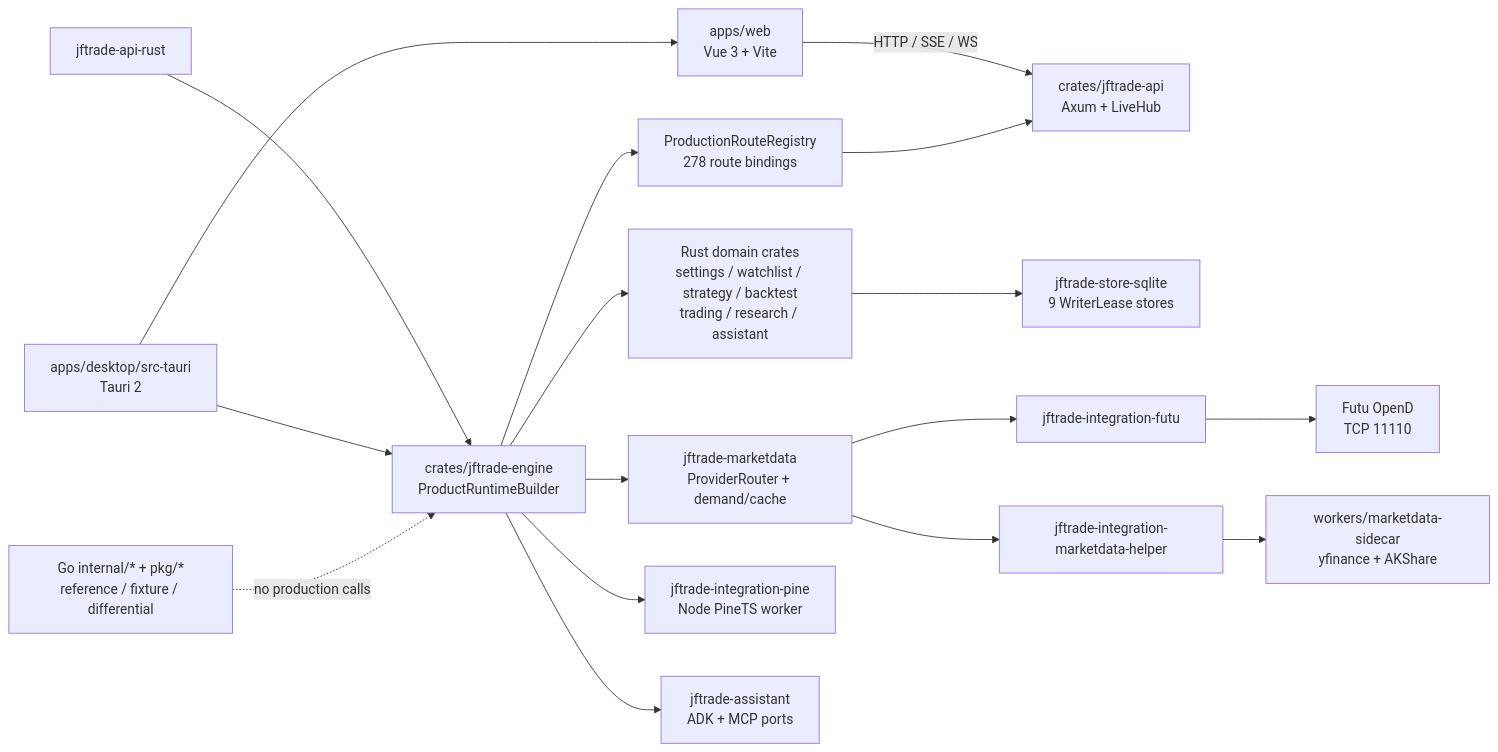
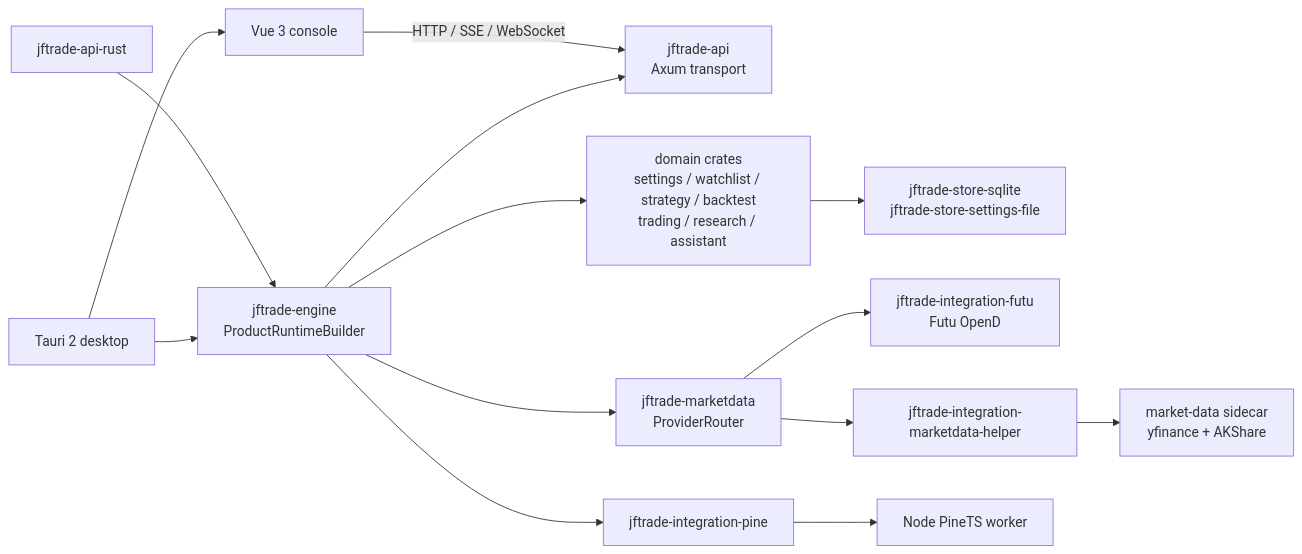
Before and after one commit to Dennishaha/JFTrade: the diagram in docs/architecture.md, drawn with Mermaid. The commit also changed other lines of this file and 48 other files, not shown here.

````diff
--- a/docs/architecture.md
+++ b/docs/architecture.md
@@ -25,20 +11,16 @@
 ```mermaid
 flowchart LR
-    CLI[jftrade-api-rust] --> App[crates/jftrade-engine\nProductRuntimeBuilder]
-    Desktop[apps/desktop/src-tauri\nTauri 2] --> App
-    Desktop --> Web
-    Web[apps/web\nVue 3 + Vite] -->|HTTP / SSE / WS| API[crates/jftrade-api\nAxum + LiveHub]
-    App --> Registry[ProductionRouteRegistry\n278 route bindings]
-    Registry --> API
-    App --> Domains[Rust domain crates\nsettings / watchlist / strategy / backtest\ntrading / research / assistant]
-    Domains --> Stores[jftrade-store-sqlite\n9 WriterLease stores]
-    App --> MarketData[jftrade-marketdata\nProviderRouter + demand/cache]
-    MarketData --> FutuIntegration[jftrade-integration-futu]
-    FutuIntegration --> OpenD[Futu OpenD\nTCP 11110]
-    MarketData --> HelperIntegration[jftrade-integration-marketdata-helper]
-    HelperIntegration --> Sidecar[workers/marketdata-sidecar\nyfinance + AKShare]
-    App --> Pine[jftrade-integration-pine\nNode PineTS worker]
-    App --> Assistant[jftrade-assistant\nADK + MCP ports]
-
-    GoRef[Go internal/* + pkg/*\nreference / fixture / differential] -. no production calls .-> App
+    CLI[jftrade-api-rust] --> Engine[jftrade-engine\nProductRuntimeBuilder]
+    Desktop[Tauri 2 desktop] --> Engine
+    Desktop --> Web[Vue 3 console]
+    Web -->|HTTP / SSE / WebSocket| API[jftrade-api\nAxum transport]
+    Engine --> API
+    Engine --> Domains[domain crates\nsettings / watchlist / strategy / backtest\ntrading / research / assistant]
+    Domains --> Stores[jftrade-store-sqlite\njftrade-store-settings-file]
+    Engine --> Market[jftrade-marketdata\nProviderRouter]
+    Market --> Futu[jftrade-integration-futu\nFutu OpenD]
+    Market --> Helper[jftrade-integration-marketdata-helper]
+    Helper --> Python[market-data sidecar\nyfinance + AKShare]
+    Engine --> Pine[jftrade-integration-pine]
+    Pine --> PineWorker[Node PineTS worker]
 ```
````
